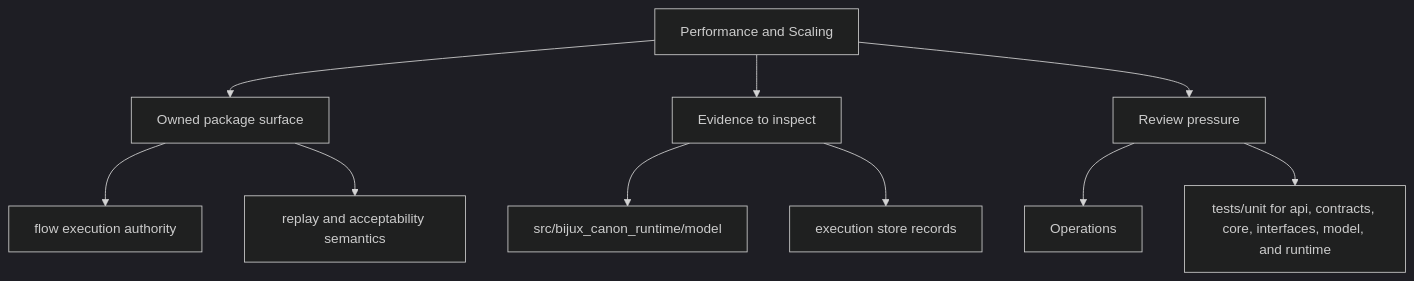
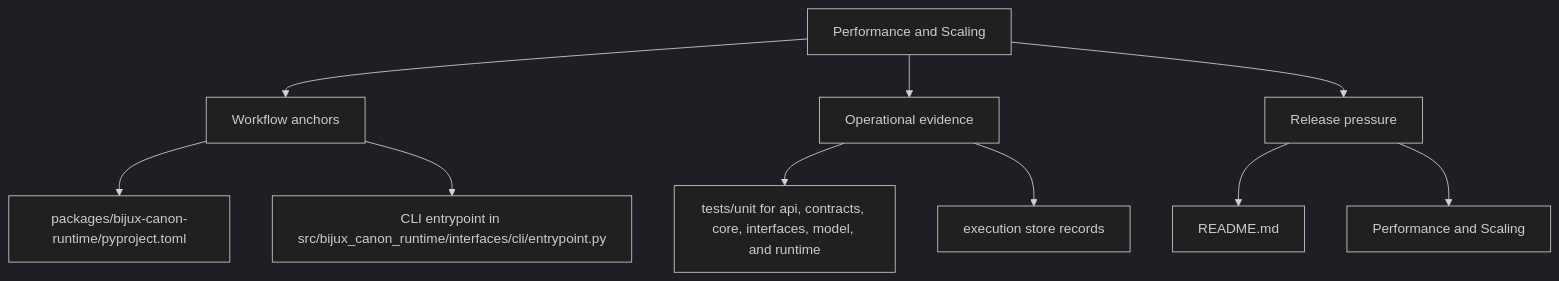
One commit to bijux/bijux-canon changed the second of 2 diagrams in docs/bijux-canon-runtime/operations/performance-and-scaling.md. Above: the diagram before and after it, drawn with Mermaid (dark theme). The commit also changed other lines of this file and 250 other files, not shown here.

Commit message:
docs(diagrams): make product page maps more readable

````diff
--- a/docs/bijux-canon-runtime/operations/performance-and-scaling.md
+++ b/docs/bijux-canon-runtime/operations/performance-and-scaling.md
@@ -34,22 +34,22 @@
 ```mermaid
 flowchart TD
     page["Performance and Scaling"]
-    focus1["Owned package surface"]
+    focus1["Workflow anchors"]
     page --> focus1
-    focus1_1["flow execution authority"]
+    focus1_1["packages/bijux-canon-runtime/pyproject.toml"]
     focus1 --> focus1_1
-    focus1_2["replay and acceptability semantics"]
+    focus1_2["CLI entrypoint in src/bijux_canon_runtime/interfaces/cli/entrypoint.py"]
     focus1 --> focus1_2
-    focus2["Evidence to inspect"]
+    focus2["Operational evidence"]
     page --> focus2
-    focus2_1["src/bijux_canon_runtime/model"]
+    focus2_1["tests/unit for api, contracts, core, interfaces, model, and runtime"]
     focus2 --> focus2_1
     focus2_2["execution store records"]
     focus2 --> focus2_2
-    focus3["Review pressure"]
+    focus3["Release pressure"]
     page --> focus3
-    focus3_1["Operations"]
+    focus3_1["README.md"]
     focus3 --> focus3_1
-    focus3_2["tests/unit for api, contracts, core, interfaces, model, and runtime"]
+    focus3_2["Performance and Scaling"]
     focus3 --> focus3_2
 ```
````
